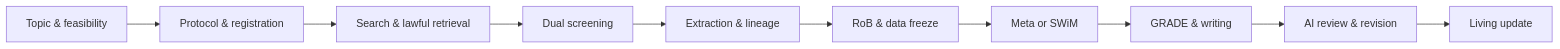
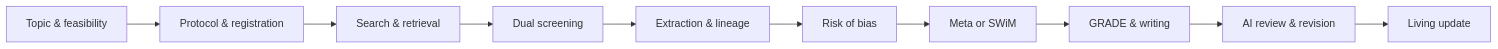
Before and after one commit to fsy2004/MetaWingman: the first of 2 diagrams in README.md, drawn with Mermaid. The commit also changed other lines of this file and 1 other file, not shown here.

````diff
--- a/README.md
+++ b/README.md
@@ -82,12 +20,12 @@
 ```mermaid
 flowchart LR
     A[Topic & feasibility] --> B[Protocol & registration]
-    B --> C[Search & lawful retrieval]
+    B --> C[Search & retrieval]
     C --> D[Dual screening]
     D --> E[Extraction & lineage]
-    E --> F[RoB & data freeze]
+    E --> F[Risk of bias]
     F --> G[Meta or SWiM]
     G --> H[GRADE & writing]
     H --> I[AI review & revision]
     I --> J[Living update]
 ```
````
